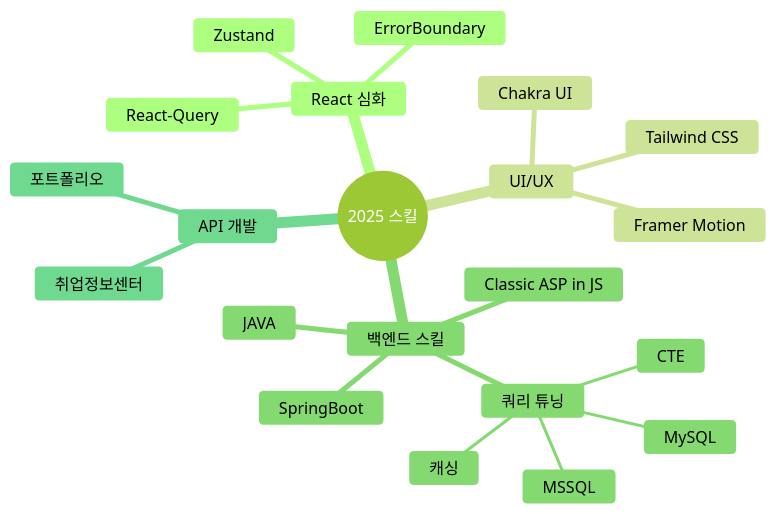
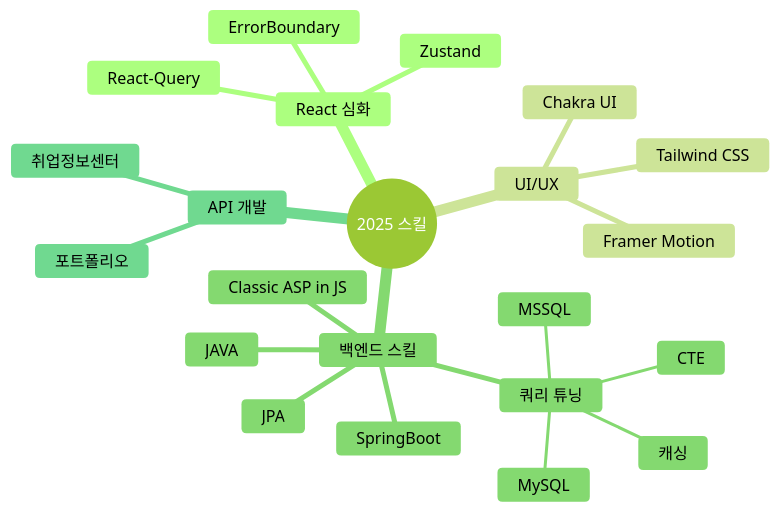
Before and after one commit to SnowsFE/SnowsFE: the diagram in README.md, drawn with Mermaid (forest theme).

````diff
--- a/README.md
+++ b/README.md
@@ -145,24 +145,25 @@
 ```mermaid
 mindmap
   root((2025 스킬))
     React 심화
       Zustand
       React-Query
       ErrorBoundary
     UI/UX
       Chakra UI
       Tailwind CSS
       Framer Motion
     백엔드 스킬
       Classic ASP in JS
       JAVA
       SpringBoot
+      JPA
       쿼리 튜닝
         MSSQL
         MySQL
         CTE
         캐싱
     API 개발
       취업정보센터
       포트폴리오
 ```
````
